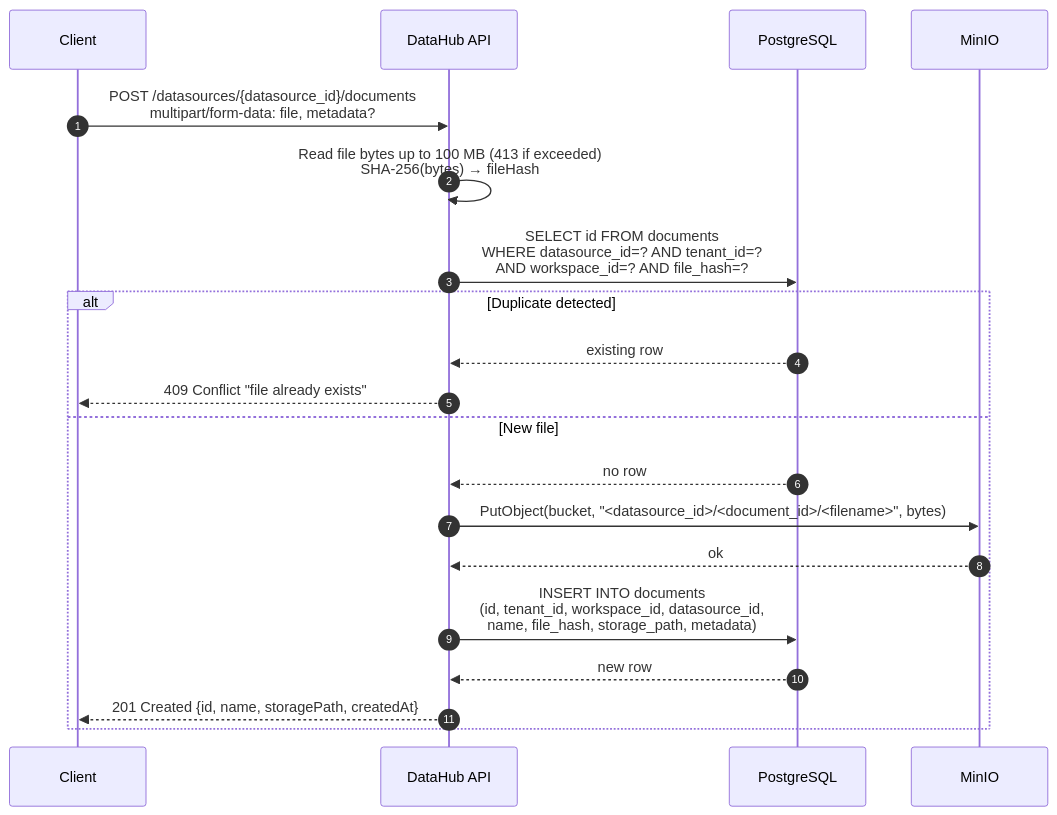
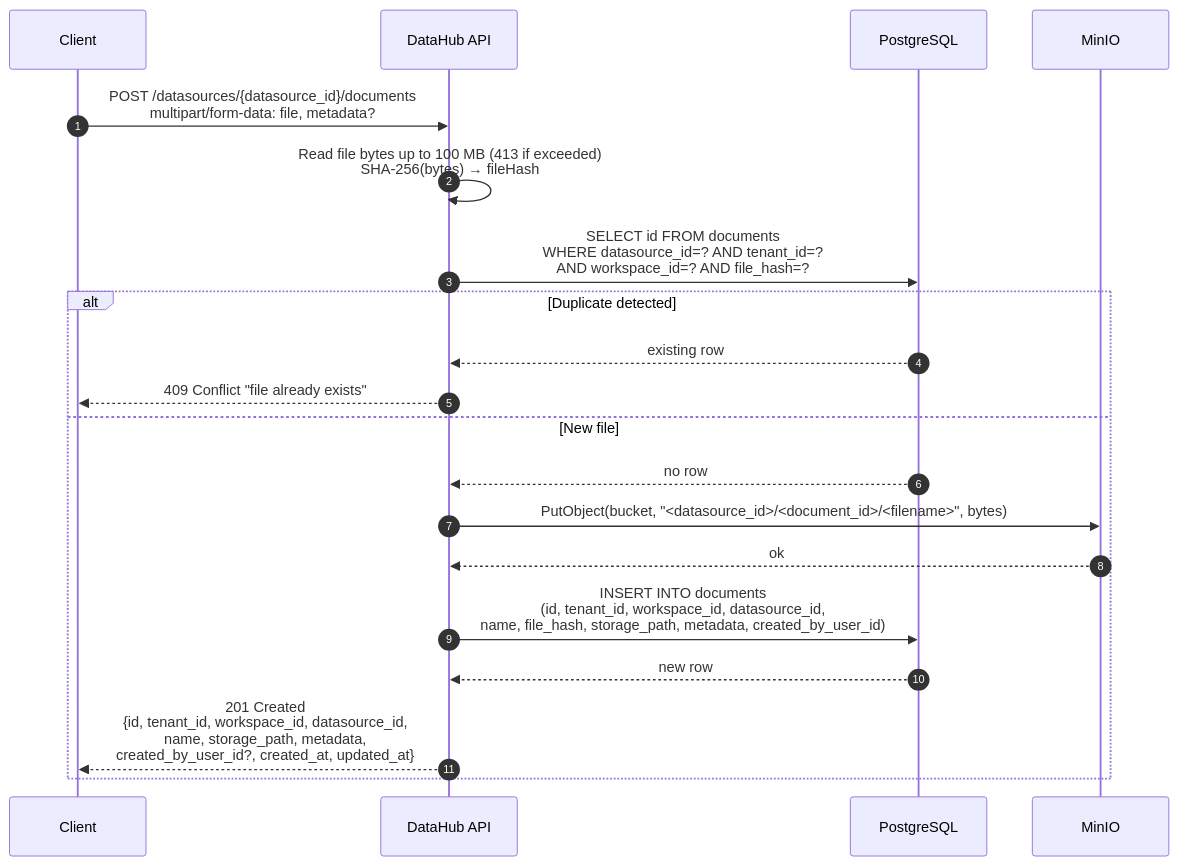
The third of 11 diagrams in docs/architecture/datahub/sequence.md (Andrew-Bu1/Agent-Platform), drawn with Mermaid before and after one commit. The commit also changed other lines of this file and 15 other files, not shown here.

Commit message:
docs: architecture docs for all services

````diff
--- a/docs/architecture/datahub/sequence.md
+++ b/docs/architecture/datahub/sequence.md
@@ -204,23 +222,23 @@
 ```mermaid
 sequenceDiagram
     autonumber
     participant C as Client
     participant DH as DataHub API
     participant DB as PostgreSQL
     participant Minio as MinIO
 
     C->>DH: POST /datasources/{datasource_id}/documents<br/>multipart/form-data: file, metadata?
     DH->>DH: Read file bytes up to 100 MB (413 if exceeded)<br/>SHA-256(bytes) → fileHash
     DH->>DB: SELECT id FROM documents<br/>WHERE datasource_id=? AND tenant_id=?<br/>AND workspace_id=? AND file_hash=?
     alt Duplicate detected
         DB-->>DH: existing row
         DH-->>C: 409 Conflict "file already exists"
     else New file
         DB-->>DH: no row
         DH->>Minio: PutObject(bucket, "<datasource_id>/<document_id>/<filename>", bytes)
         Minio-->>DH: ok
-        DH->>DB: INSERT INTO documents<br/>(id, tenant_id, workspace_id, datasource_id,<br/>name, file_hash, storage_path, metadata)
+        DH->>DB: INSERT INTO documents<br/>(id, tenant_id, workspace_id, datasource_id,<br/>name, file_hash, storage_path, metadata, created_by_user_id)
         DB-->>DH: new row
-        DH-->>C: 201 Created {id, name, storagePath, createdAt}
+        DH-->>C: 201 Created<br/>{id, tenant_id, workspace_id, datasource_id,<br/>name, storage_path, metadata,<br/>created_by_user_id?, created_at, updated_at}
     end
 ```
````
